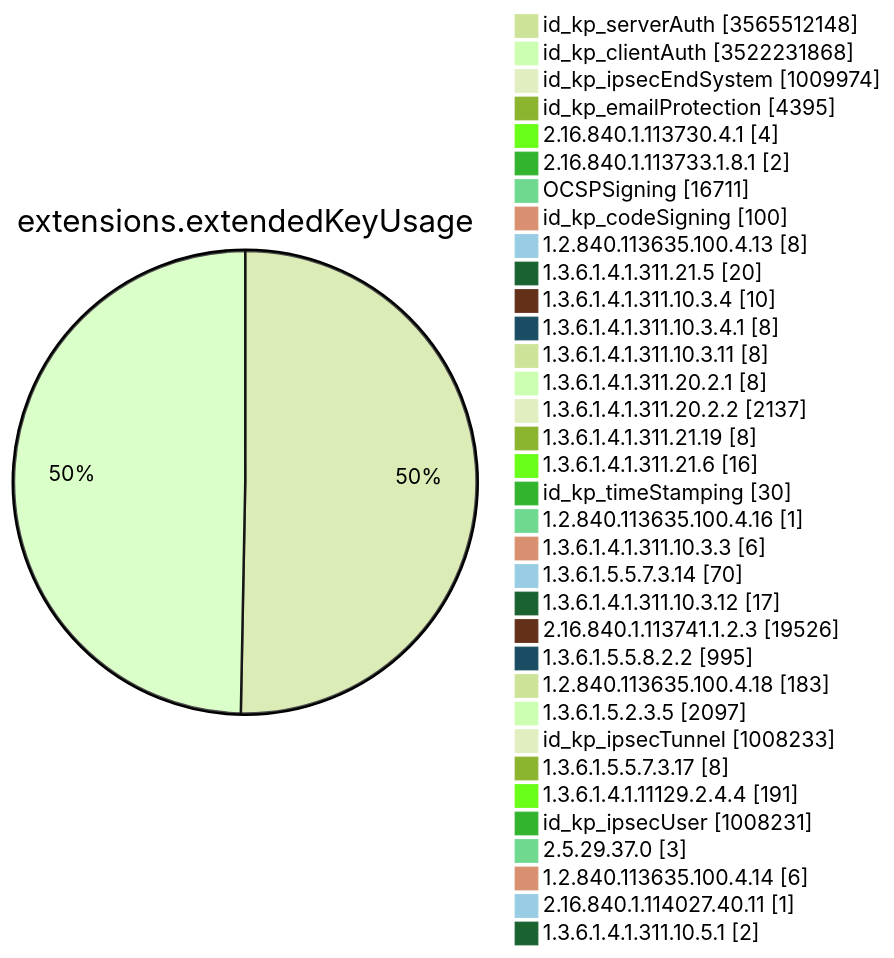
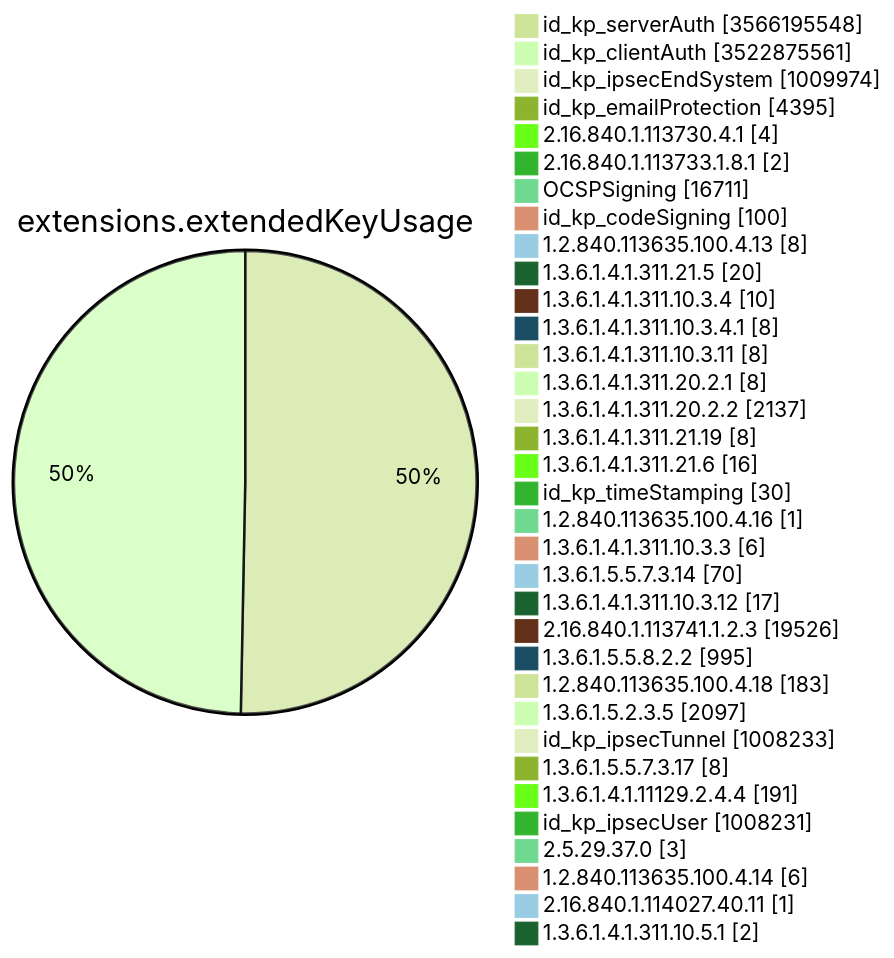
Diagram 11 of 15 in TOTAL/README.md (christiankrug/ctmonitor_visualization), drawn with Mermaid (forest theme) before and after one commit. The commit also changed other lines of this file, not shown here.

````diff
--- a/TOTAL/README.md
+++ b/TOTAL/README.md
@@ -4128,38 +4128,38 @@
 ```mermaid
 pie showData
 title extensions.extendedKeyUsage
-"id_kp_serverAuth" :3565512148
-"id_kp_clientAuth" :3522231868
+"id_kp_serverAuth" :3566195548
+"id_kp_clientAuth" :3522875561
 "id_kp_ipsecEndSystem" :1009974
 "id_kp_emailProtection" :4395
 "2.16.840.1.113730.4.1" :4
 "2.16.840.1.113733.1.8.1" :2
 "OCSPSigning" :16711
 "id_kp_codeSigning" :100
 "1.2.840.113635.100.4.13" :8
 "1.3.6.1.4.1.311.21.5" :20
 "1.3.6.1.4.1.311.10.3.4" :10
 "1.3.6.1.4.1.311.10.3.4.1" :8
 "1.3.6.1.4.1.311.10.3.11" :8
 "1.3.6.1.4.1.311.20.2.1" :8
 "1.3.6.1.4.1.311.20.2.2" :2137
 "1.3.6.1.4.1.311.21.19" :8
 "1.3.6.1.4.1.311.21.6" :16
 "id_kp_timeStamping" :30
 "1.2.840.113635.100.4.16" :1
 "1.3.6.1.4.1.311.10.3.3" :6
 "1.3.6.1.5.5.7.3.14" :70
 "1.3.6.1.4.1.311.10.3.12" :17
 "2.16.840.1.113741.1.2.3" :19526
 "1.3.6.1.5.5.8.2.2" :995
 "1.2.840.113635.100.4.18" :183
 "1.3.6.1.5.2.3.5" :2097
 "id_kp_ipsecTunnel" :1008233
 "1.3.6.1.5.5.7.3.17" :8
 "1.3.6.1.4.1.11129.2.4.4" :191
 "id_kp_ipsecUser" :1008231
 "2.5.29.37.0" :3
 "1.2.840.113635.100.4.14" :6
 "2.16.840.1.114027.40.11" :1
 "1.3.6.1.4.1.311.10.5.1" :2
 ```
````
